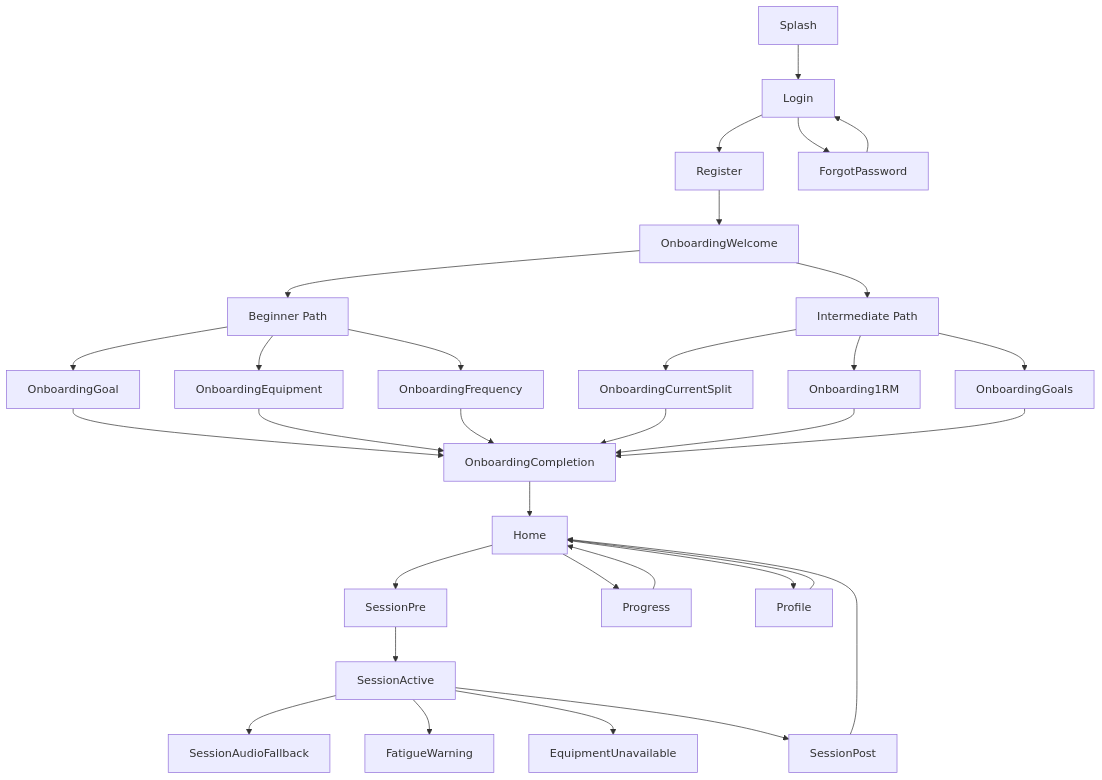
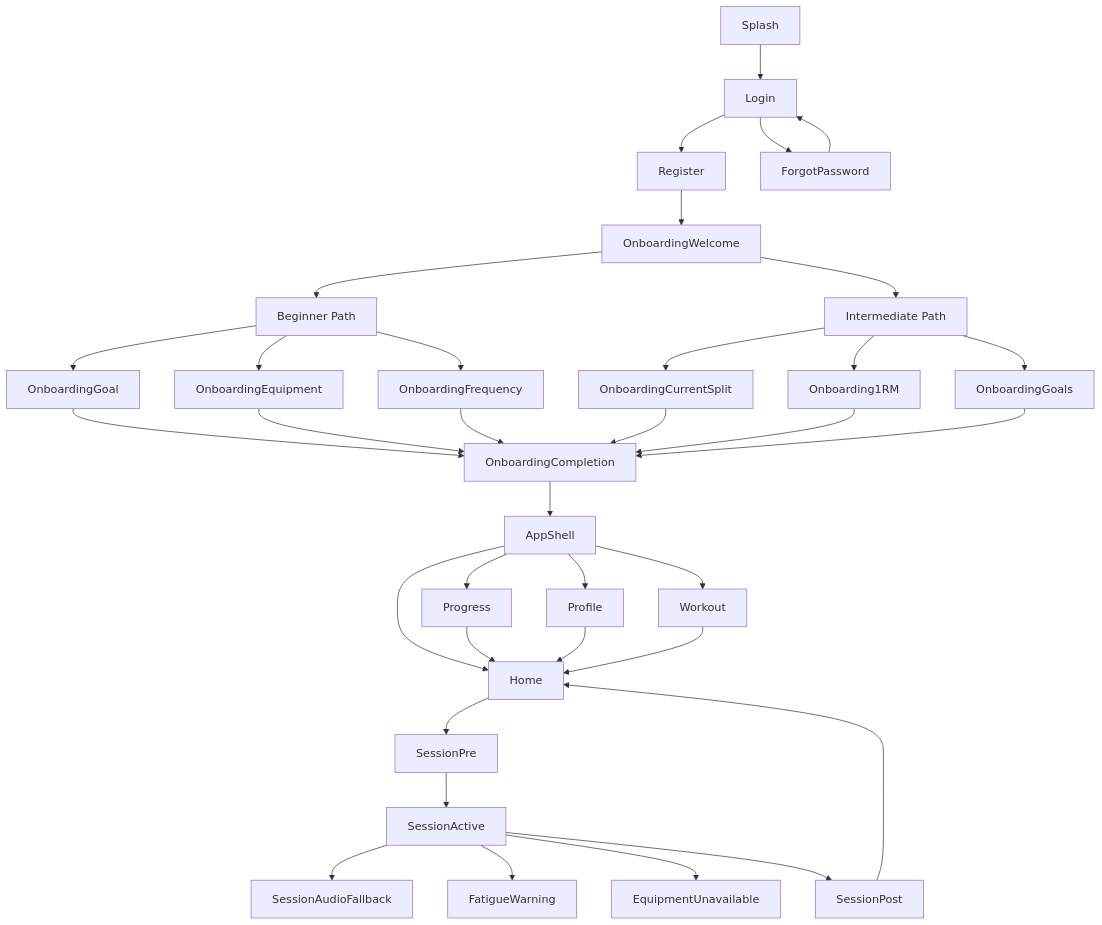
Before and after one commit to Amlsakr/FitLife: the diagram in docs/fitlife-ux-spec-v1.md, drawn with Mermaid. The commit also changed other lines of this file and 7 other files, not shown here.

Commit message:
adding app shell story

````diff
--- a/docs/fitlife-ux-spec-v1.md
+++ b/docs/fitlife-ux-spec-v1.md
@@ -11,34 +11,37 @@
 ```mermaid
 flowchart TD
     Splash --> Login
     Login --> Register
     Login --> ForgotPassword
     Register --> OnboardingWelcome
     ForgotPassword --> Login
     OnboardingWelcome --> BeginnerPath[Beginner Path]
     OnboardingWelcome --> IntermediatePath[Intermediate Path]
     BeginnerPath --> OnboardingGoal
     BeginnerPath --> OnboardingEquipment
     BeginnerPath --> OnboardingFrequency
     IntermediatePath --> OnboardingCurrentSplit
     IntermediatePath --> Onboarding1RM
     IntermediatePath --> OnboardingGoals
     OnboardingGoal --> OnboardingCompletion
     OnboardingEquipment --> OnboardingCompletion
     OnboardingFrequency --> OnboardingCompletion
     OnboardingCurrentSplit --> OnboardingCompletion
     Onboarding1RM --> OnboardingCompletion
     OnboardingGoals --> OnboardingCompletion
-    OnboardingCompletion --> Home
+    OnboardingCompletion --> AppShell
+    AppShell --> Home
+    AppShell --> Workout
+    AppShell --> Progress
+    AppShell --> Profile
     Home --> SessionPre
     SessionPre --> SessionActive
     SessionActive --> SessionAudioFallback
     SessionActive --> FatigueWarning
     SessionActive --> EquipmentUnavailable
     SessionActive --> SessionPost
     SessionPost --> Home
-    Home --> Progress
-    Home --> Profile
     Progress --> Home
     Profile --> Home
+    Workout --> Home
 ```
````
